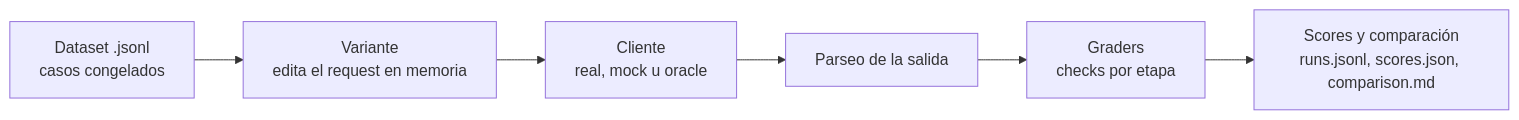
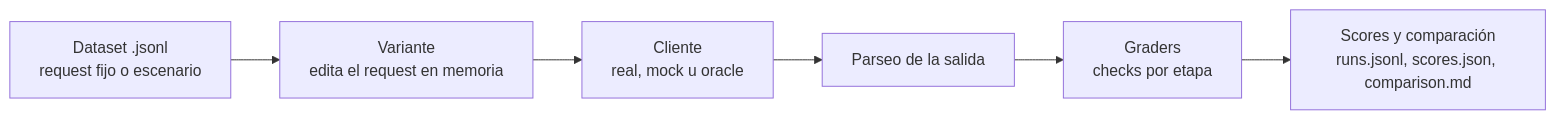
The diagram in eval/README.md (HugoFucksmann/jarvv), drawn with Mermaid before and after one commit. The commit also changed other lines of this file and 14 other files, not shown here.

````diff
--- a/eval/README.md
+++ b/eval/README.md
@@ -48,8 +50,8 @@
 ```mermaid
 flowchart LR
-    D[Dataset .jsonl<br/>casos congelados] --> V[Variante<br/>edita el request en memoria]
+    D[Dataset .jsonl<br/>request fijo o escenario] --> V[Variante<br/>edita el request en memoria]
     V --> C[Cliente<br/>real, mock u oracle]
     C --> P[Parseo de la salida]
     P --> G[Graders<br/>checks por etapa]
     G --> S[Scores y comparación<br/>runs.jsonl, scores.json, comparison.md]
 ```
````
